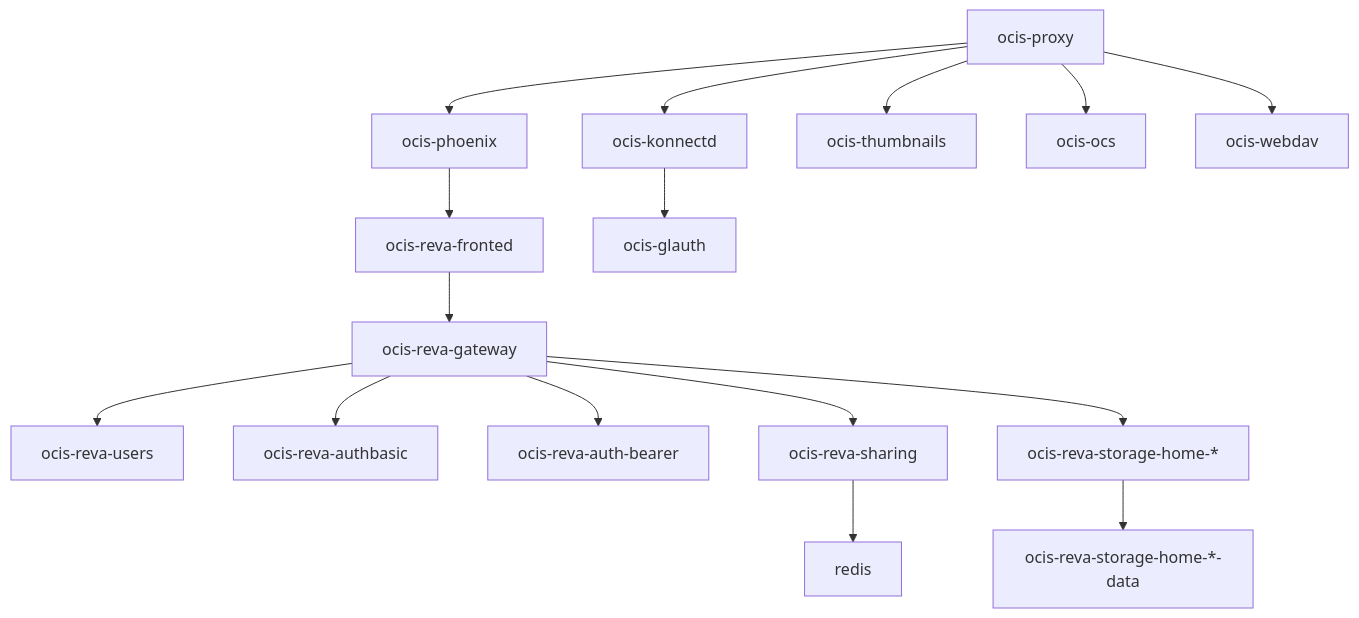
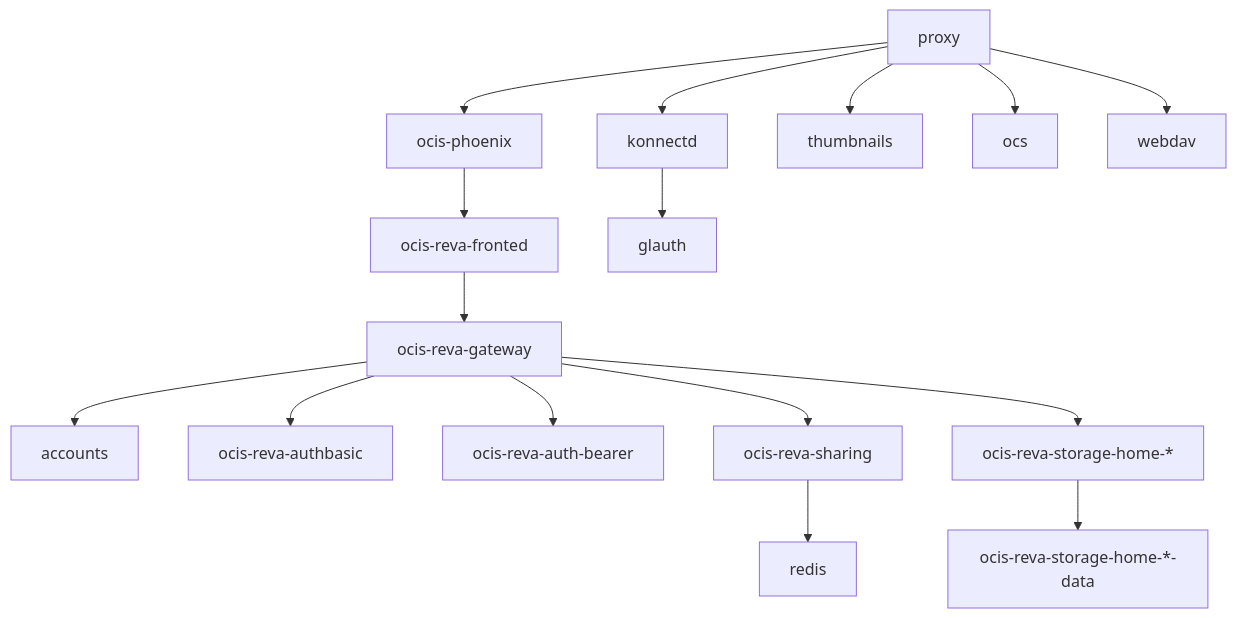
Before and after one commit to owncloud/ocis: the diagram in docs/ocis/_index.md, drawn with Mermaid. The commit also changed other lines of this file and 30 other files, not shown here.

```diff
--- a/docs/ocis/_index.md
+++ b/docs/ocis/_index.md
@@ -24,19 +24,19 @@
 {{< mermaid class="text-center">}}
 graph TD
-ocis-proxy -->
-    ocis-konnectd & ocis-phoenix & ocis-thumbnails & ocis-ocs & ocis-webdav
+proxy -->
+    konnectd & ocis-phoenix & thumbnails & ocs & webdav
 
 ocis-phoenix --> ocis-reva-fronted
 ocis-reva-fronted --> ocis-reva-gateway
-ocis-konnectd --> ocis-glauth
+konnectd --> glauth
 
 
-ocis-reva-gateway --> ocis-reva-users
+ocis-reva-gateway --> accounts
 ocis-reva-gateway --> ocis-reva-authbasic
 ocis-reva-gateway --> ocis-reva-auth-bearer
 
 ocis-reva-gateway --> ocis-reva-sharing
 ocis-reva-gateway --> ocis-reva-storage-home-*
 ocis-reva-storage-home-* --> ocis-reva-storage-home-*-data
 ocis-reva-sharing --> redis
 {{< /mermaid >}}
```
